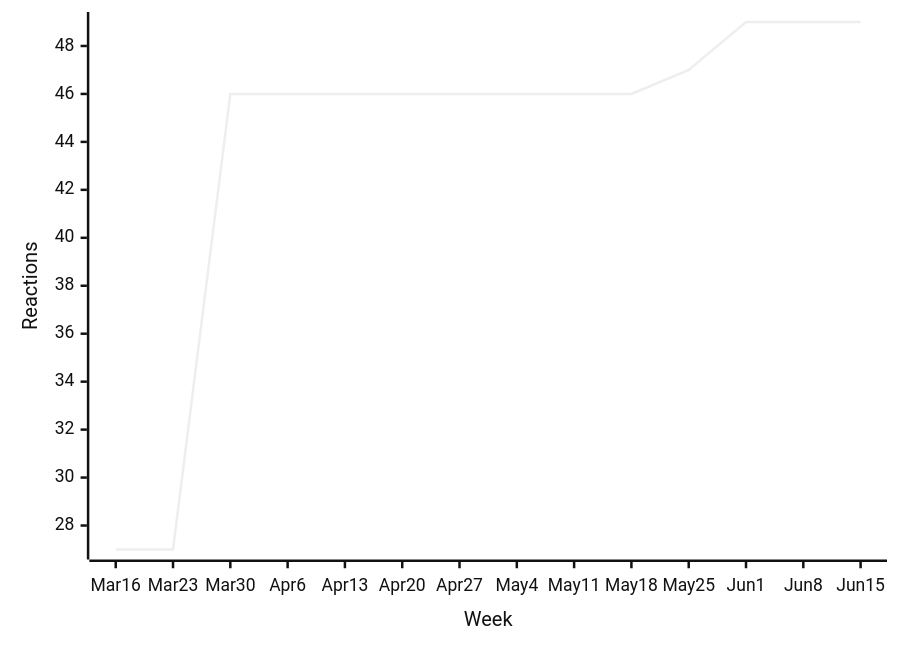
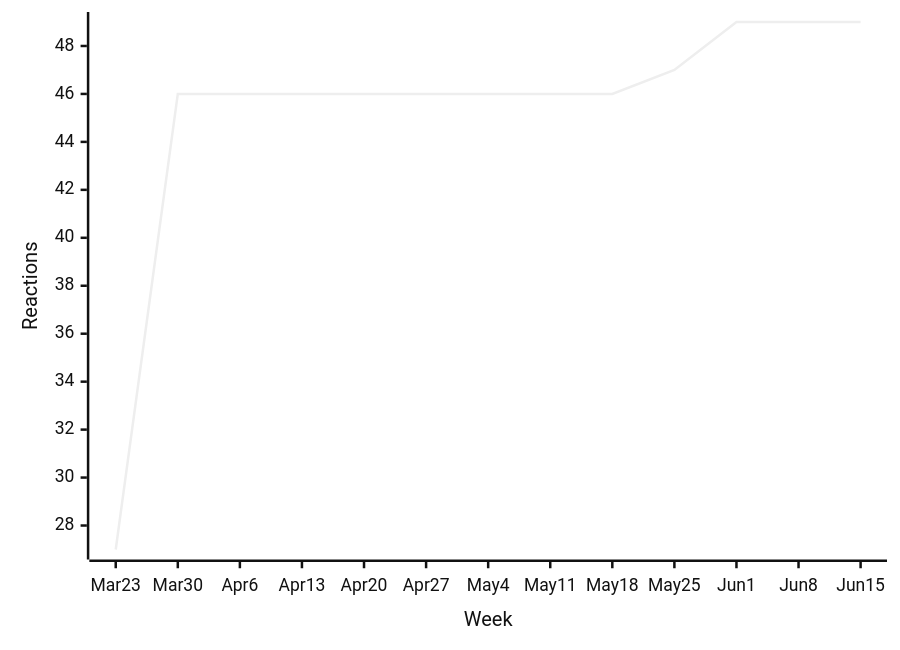
Before and after one commit to loic-sharma/github-insights: the seventh of 49 diagrams in README.md, drawn with Mermaid (neutral theme). The commit also changed other lines of this file and 3 other files, not shown here.

````diff
--- a/README.md
+++ b/README.md
@@ -441,6 +441,6 @@
   ```mermaid
   xychart-beta
-    x-axis "Week" [Mar 16, Mar 23, Mar 30, Apr 6, Apr 13, Apr 20, Apr 27, May 4, May 11, May 18, May 25, Jun 1, Jun 8, Jun 15]
+    x-axis "Week" [Mar 23, Mar 30, Apr 6, Apr 13, Apr 20, Apr 27, May 4, May 11, May 18, May 25, Jun 1, Jun 8, Jun 15]
     y-axis "Reactions"
-    line [27, 27, 46, 46, 46, 46, 46, 46, 46, 46, 47, 49, 49, 49]
+    line [27, 46, 46, 46, 46, 46, 46, 46, 46, 47, 49, 49, 49]
   ```
````
